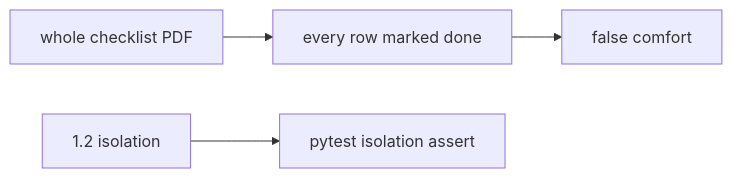
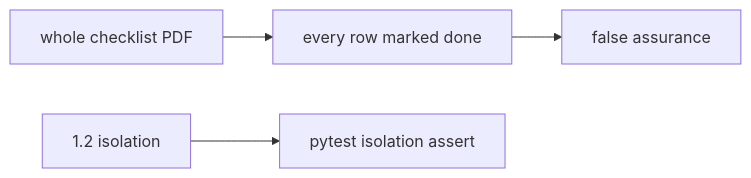
Before and after one commit to ishitvagoel/LearnSecurity: the second of 2 diagrams in content/modules/9/9.1/lessons/01-property.md, drawn with Mermaid. The commit also changed 240 other files, not shown here.

````diff
--- a/content/modules/9/9.1/lessons/01-property.md
+++ b/content/modules/9/9.1/lessons/01-property.md
@@ -29,6 +29,6 @@
 ```mermaid
 flowchart LR
   Pdf[whole checklist PDF] --> Paste[every row marked done]
   Threat["1.2 isolation"] --> Test[pytest isolation assert]
-  Paste --> False[false comfort]
+  Paste --> False[false assurance]
 ```
````
